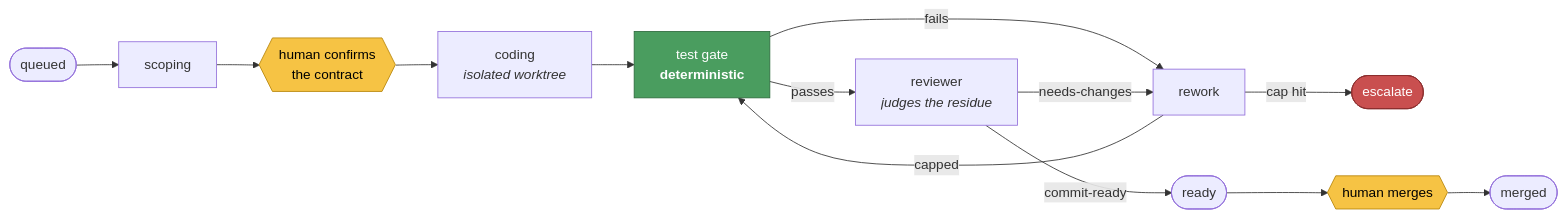
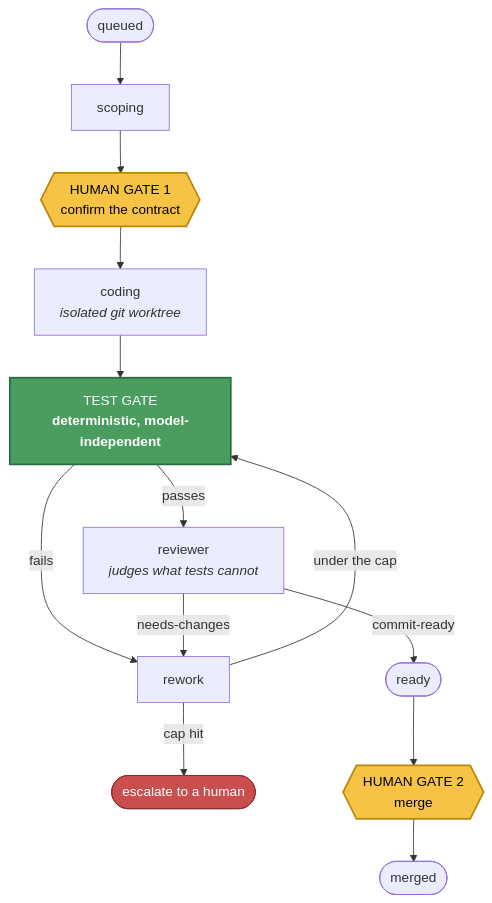
One commit to evan-mazurier/atlas changed the diagram in README.md. Above: the diagram before and after it, drawn with Mermaid.

Commit message:
Render the job-flow diagram top-down so it is legible
flowchart LR laid 11 nodes in one row, so GitHub scaled the whole diagram
down to the README column width and the labels became unreadable. On a
README, vertical space is free and horizontal space is the constraint.

````diff
--- a/README.md
+++ b/README.md
@@ -64,20 +64,20 @@
 ```mermaid
-flowchart LR
+flowchart TD
     Q([queued]) --> S[scoping]
-    S --> H1{{"human confirms<br/>the contract"}}
-    H1 --> C[coding<br/><i>isolated worktree</i>]
-    C --> T["test gate<br/><b>deterministic</b>"]
+    S --> H1{{"HUMAN GATE 1<br>confirm the contract"}}
+    H1 --> C["coding<br><i>isolated git worktree</i>"]
+    C --> T["TEST GATE<br><b>deterministic, model-independent</b>"]
     T -->|fails| R[rework]
-    R -->|"capped"| T
-    R -->|"cap hit"| E([escalate])
-    T -->|passes| V["reviewer<br/><i>judges the residue</i>"]
+    T -->|passes| V["reviewer<br><i>judges what tests cannot</i>"]
     V -->|needs-changes| R
+    R -->|under the cap| T
+    R -->|cap hit| E([escalate to a human])
     V -->|commit-ready| RD([ready])
-    RD --> H2{{"human merges"}}
+    RD --> H2{{"HUMAN GATE 2<br>merge"}}
     H2 --> M([merged])
 
-    style H1 fill:#f6c344,stroke:#b8860b,color:#000
-    style H2 fill:#f6c344,stroke:#b8860b,color:#000
-    style T fill:#4a9d5f,stroke:#2d6b3d,color:#fff
+    style H1 fill:#f6c344,stroke:#b8860b,stroke-width:2px,color:#000
+    style H2 fill:#f6c344,stroke:#b8860b,stroke-width:2px,color:#000
+    style T fill:#4a9d5f,stroke:#2d6b3d,stroke-width:2px,color:#fff
     style E fill:#c94f4f,stroke:#8b2e2e,color:#fff
 ```
````
